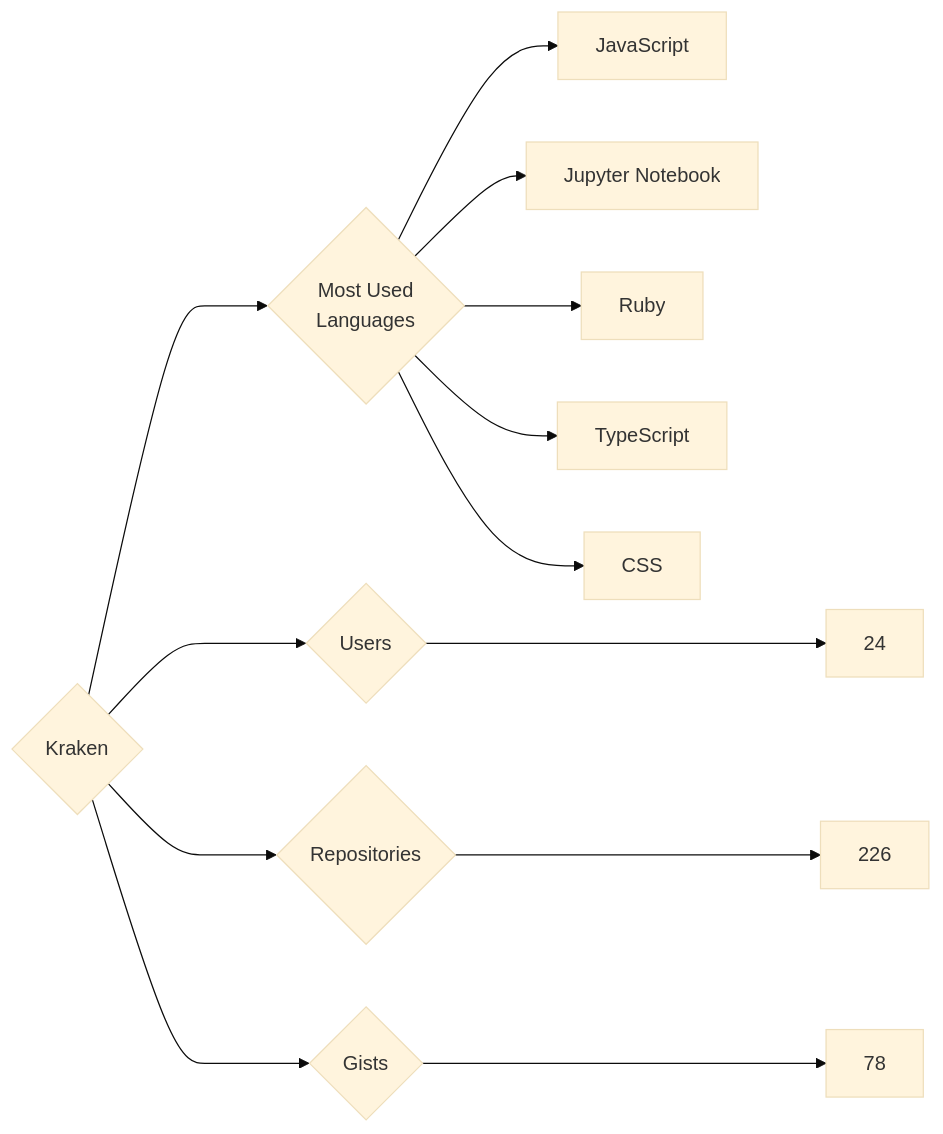
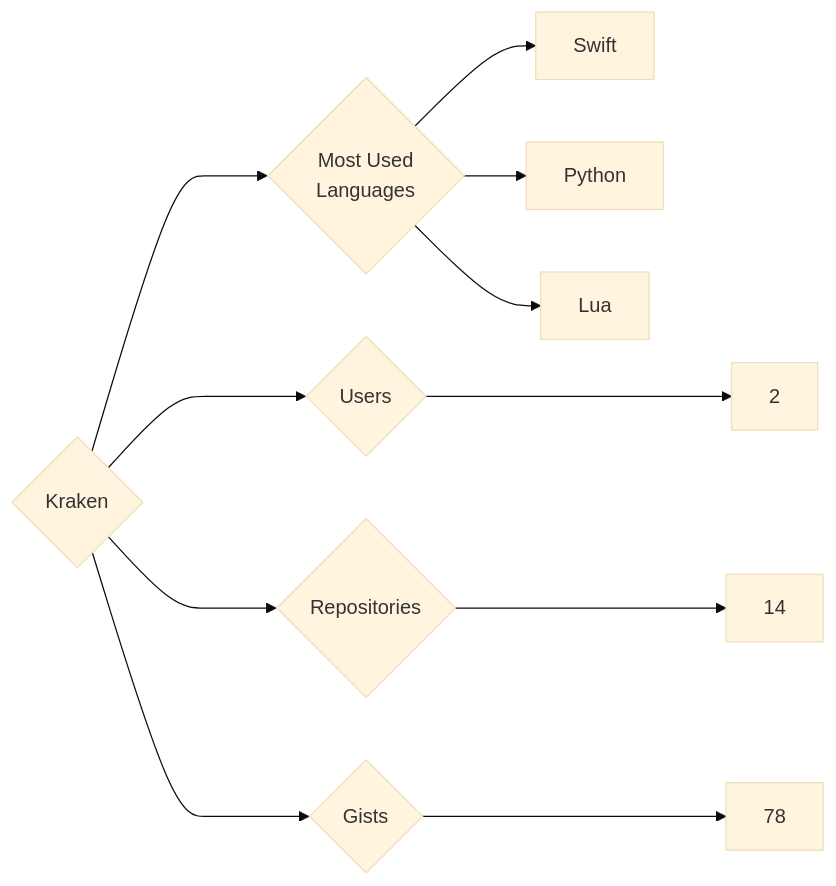
One commit to trickest/insiders changed the diagram in targets/Kraken/README.md. Above: the diagram before and after it, drawn with Mermaid (base theme). The commit also changed 682 other files, not shown here.

````diff
--- a/targets/Kraken/README.md
+++ b/targets/Kraken/README.md
@@ -3,13 +3,11 @@
 ```mermaid
 graph LR
 COMPANY_NAME{Kraken}
-COMPANY_NAME ---> U{Users} ---> UN[24]
-COMPANY_NAME ---> R{Repositories} ---> RN[226]
+COMPANY_NAME ---> U{Users} ---> UN[2]
+COMPANY_NAME ---> R{Repositories} ---> RN[14]
 COMPANY_NAME ---> G{Gists} ---> GN[78]
 COMPANY_NAME ---> ML{Most Used<br>Languages}
-ML --> JavaScript[JavaScript]
-ML --> Jupyter_Notebook[Jupyter Notebook]
-ML --> Ruby[Ruby]
-ML --> TypeScript[TypeScript]
-ML --> CSS[CSS]
+ML --> Swift[Swift]
+ML --> Python[Python]
+ML --> Lua[Lua]
 ```
````
